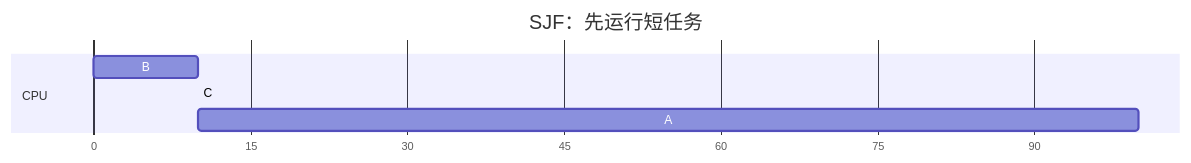
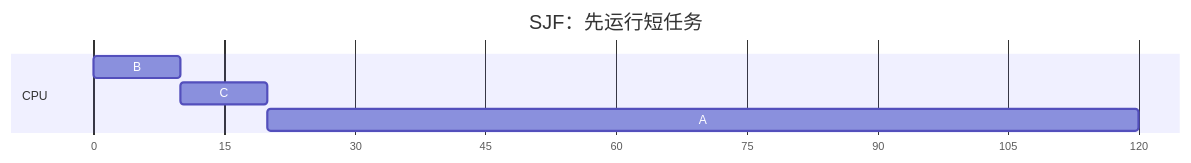
Before and after one commit to Meer-Matze/Meer-Matze.github.io: the fourth of 12 diagrams in src/content/posts/CPU虚拟化.md, drawn with Mermaid. The commit also changed other lines of this file, not shown here.

````diff
--- a/src/content/posts/CPU虚拟化.md
+++ b/src/content/posts/CPU虚拟化.md
@@ -360,10 +351,10 @@
 ```mermaid
 gantt
     title SJF：先运行短任务
     dateFormat X
     axisFormat %s
     section CPU
-    B :b1, 0, 10
-    C :c1, after b1, 10
-    A :a1, after c1, 100
+    B :b1, 0, 10s
+    C :c1, after b1, 10s
+    A :a1, after c1, 100s
 ```
````
